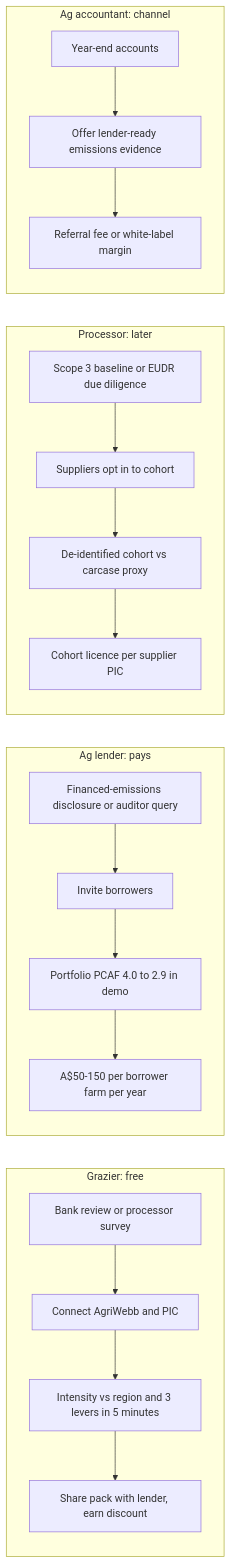
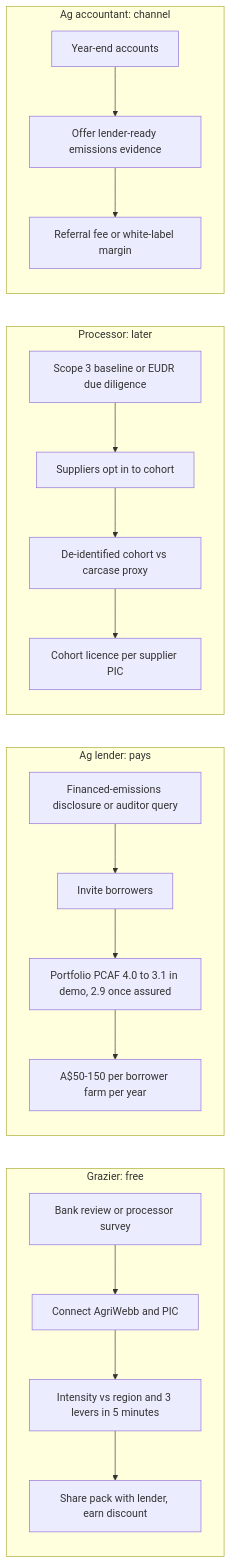
Before and after one commit to HanL1223/herdproof: the fifth of 5 diagrams in README.md, drawn with Mermaid. The commit also changed other lines of this file and 7 other files, not shown here.

First line of the commit message:
Stop self-awarding PCAF 1a; show assured score and reported-exposure share (Nov 2026 research)

````diff
--- a/README.md
+++ b/README.md
@@ -174,15 +178,15 @@
 ```mermaid
 flowchart LR
     subgraph Grazier["Grazier: free"]
         G1["Bank review or processor survey"] --> G2["Connect AgriWebb and PIC"] --> G3["Intensity vs region and 3 levers in 5 minutes"] --> G4["Share pack with lender, earn discount"]
     end
     subgraph Lender["Ag lender: pays"]
-        L1["Financed-emissions disclosure or auditor query"] --> L2["Invite borrowers"] --> L3["Portfolio PCAF 4.0 to 2.9 in demo"] --> L4["A$50-150 per borrower farm per year"]
+        L1["Financed-emissions disclosure or auditor query"] --> L2["Invite borrowers"] --> L3["Portfolio PCAF 4.0 to 3.1 in demo, 2.9 once assured"] --> L4["A$50-150 per borrower farm per year"]
     end
     subgraph Processor["Processor: later"]
         P1["Scope 3 baseline or EUDR due diligence"] --> P2["Suppliers opt in to cohort"] --> P3["De-identified cohort vs carcase proxy"] --> P4["Cohort licence per supplier PIC"]
     end
     subgraph Accountant["Ag accountant: channel"]
         A1["Year-end accounts"] --> A2["Offer lender-ready emissions evidence"] --> A3["Referral fee or white-label margin"]
     end
 ```
````
